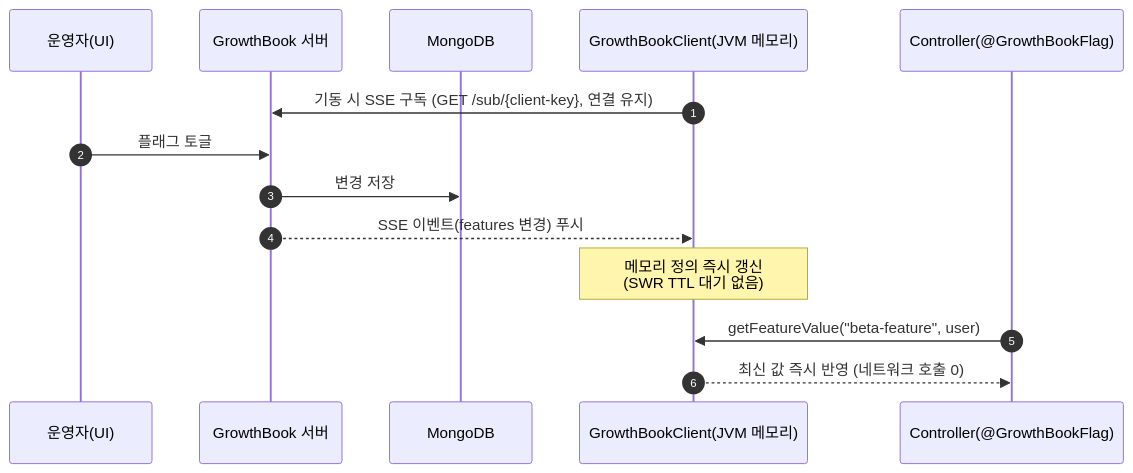
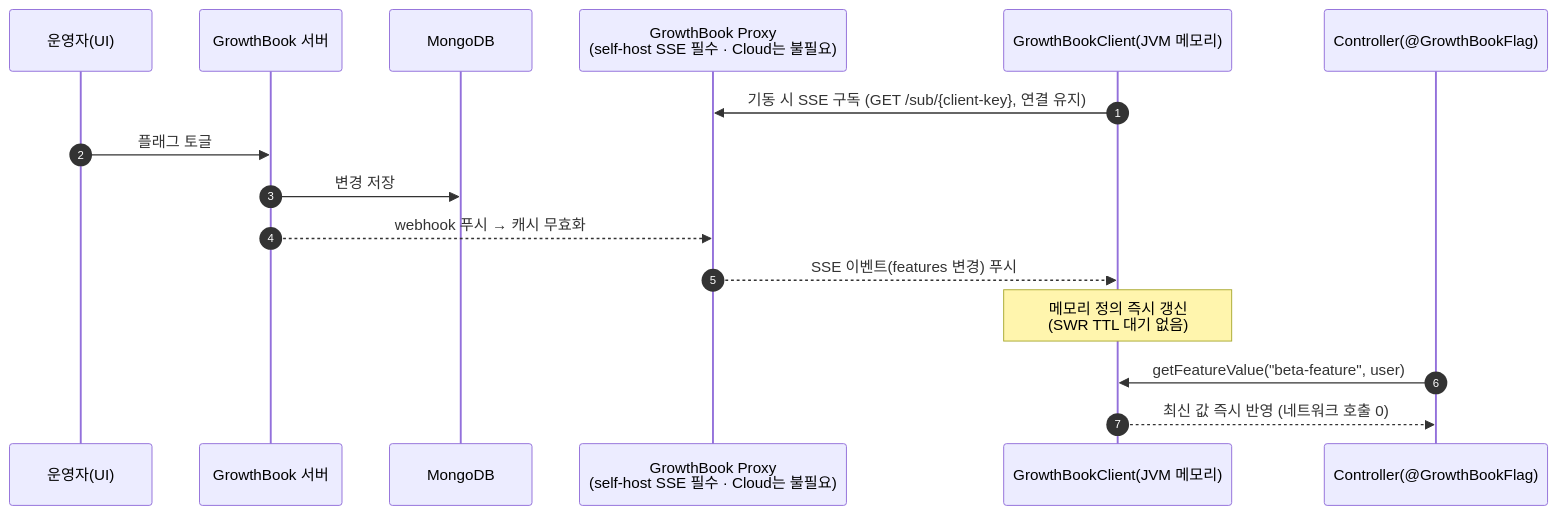
Before and after one commit to nyjin/flipt-demo: the seventh of 8 diagrams in comparison.md, drawn with Mermaid. The commit also changed other lines of this file, not shown here.

````diff
--- a/comparison.md
+++ b/comparison.md
@@ -191,17 +289,19 @@
 ```mermaid
 sequenceDiagram
   autonumber
   participant Op as 운영자(UI)
   participant GB as GrowthBook 서버
   participant Mongo as MongoDB
+  participant Proxy as GrowthBook Proxy<br/>(self-host SSE 필수 · Cloud는 불필요)
   participant SDK as GrowthBookClient(JVM 메모리)
   participant API as Controller(@GrowthBookFlag)
 
-  SDK->>GB: 기동 시 SSE 구독 (GET /sub/{client-key}, 연결 유지)
+  SDK->>Proxy: 기동 시 SSE 구독 (GET /sub/{client-key}, 연결 유지)
   Op->>GB: 플래그 토글
   GB->>Mongo: 변경 저장
-  GB-->>SDK: SSE 이벤트(features 변경) 푸시
+  GB-->>Proxy: webhook 푸시 → 캐시 무효화
+  Proxy-->>SDK: SSE 이벤트(features 변경) 푸시
   Note over SDK: 메모리 정의 즉시 갱신<br/>(SWR TTL 대기 없음)
   API->>SDK: getFeatureValue("beta-feature", user)
   SDK-->>API: 최신 값 즉시 반영 (네트워크 호출 0)
 ```
````
